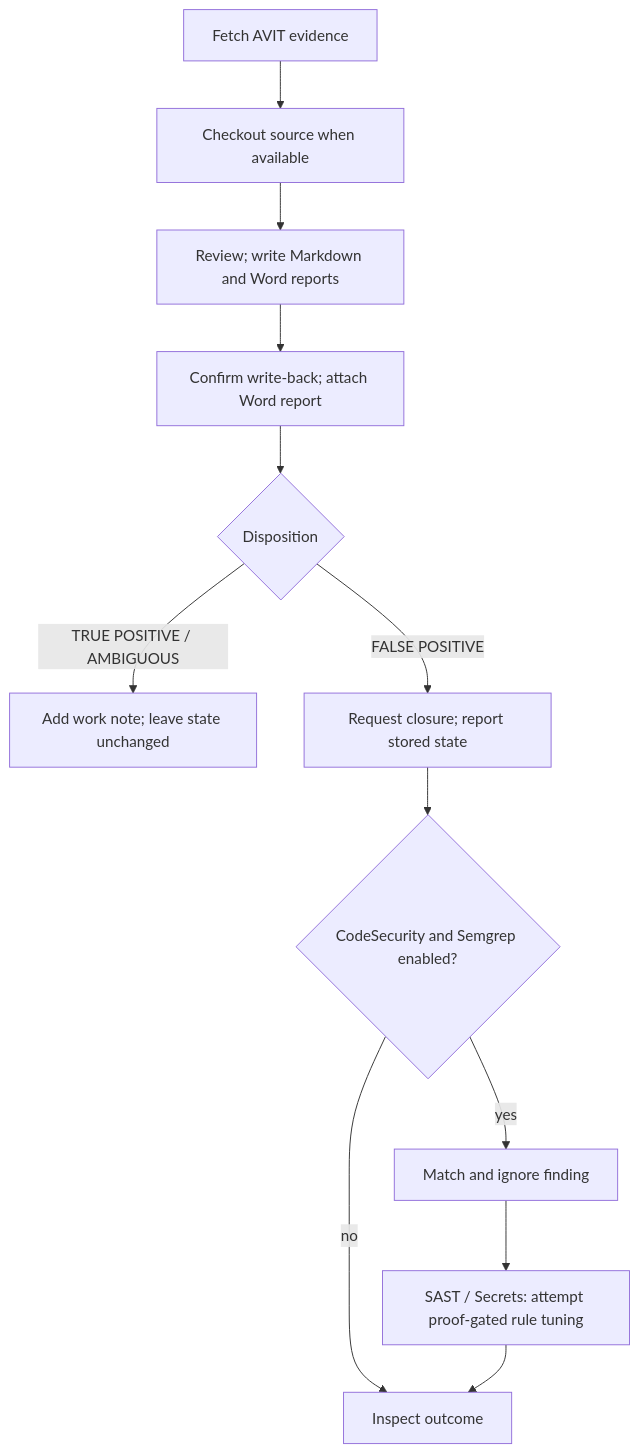
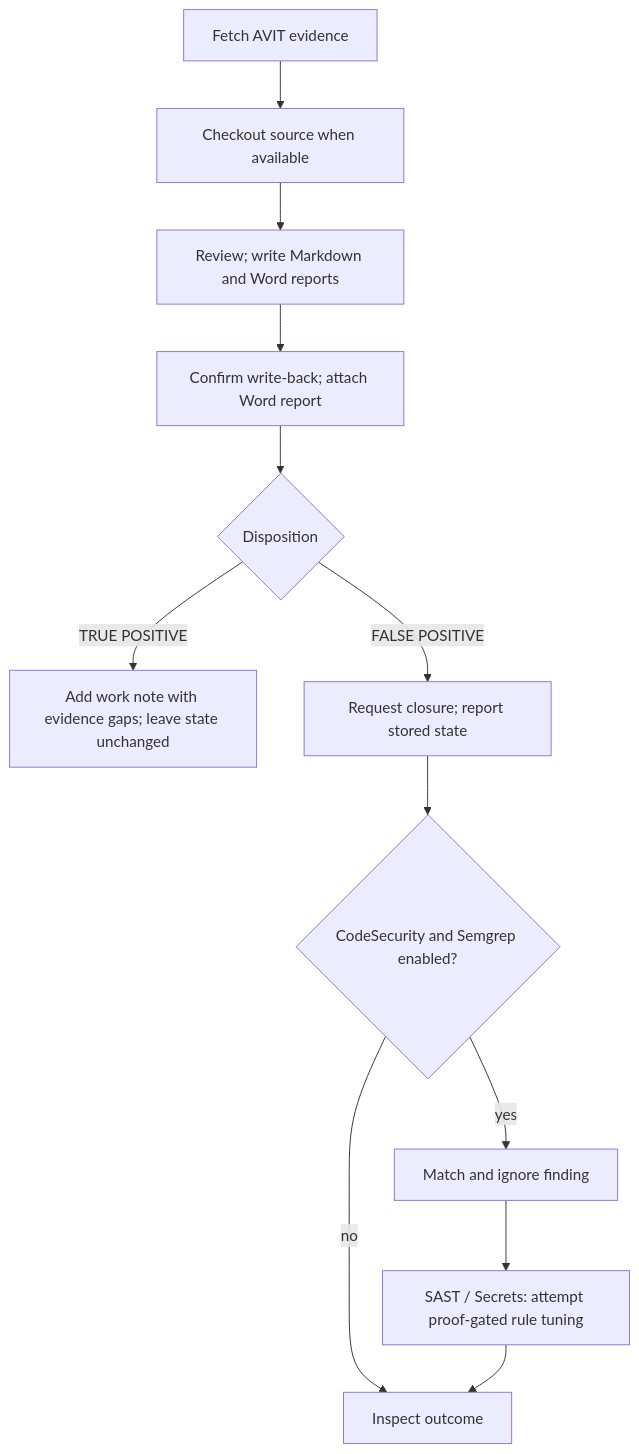
Before and after one commit to h0p3sf4ll/threatlint: the diagram in docs/avit-integration.md, drawn with Mermaid. The commit also changed other lines of this file and 17 other files, not shown here.

````diff
--- a/docs/avit-integration.md
+++ b/docs/avit-integration.md
@@ -170,14 +187,14 @@
 ```mermaid
 flowchart TD
     A["Fetch AVIT evidence"] --> B["Checkout source when available"]
     B --> C["Review; write Markdown and Word reports"]
     C --> D["Confirm write-back; attach Word report"]
     D --> E{"Disposition"}
-    E -- "TRUE POSITIVE / AMBIGUOUS" --> F["Add work note; leave state unchanged"]
+    E -- "TRUE POSITIVE" --> F["Add work note with evidence gaps; leave state unchanged"]
     E -- "FALSE POSITIVE" --> G["Request closure; report stored state"]
     G --> H{"CodeSecurity and Semgrep enabled?"}
     H -- no --> I["Inspect outcome"]
     H -- yes --> J["Match and ignore finding"]
     J --> K["SAST / Secrets: attempt proof-gated rule tuning"]
     K --> I
 ```
````
